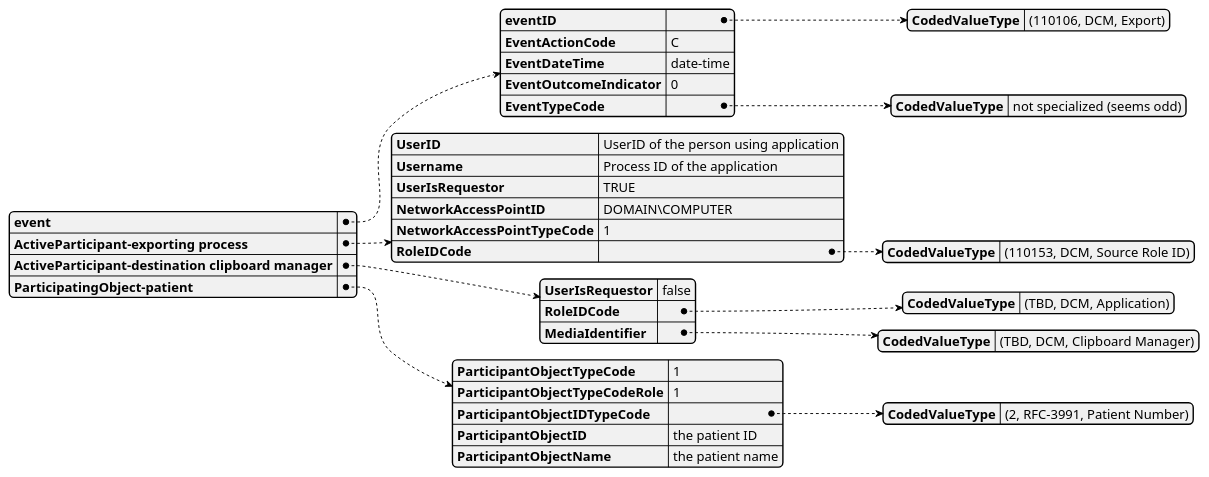
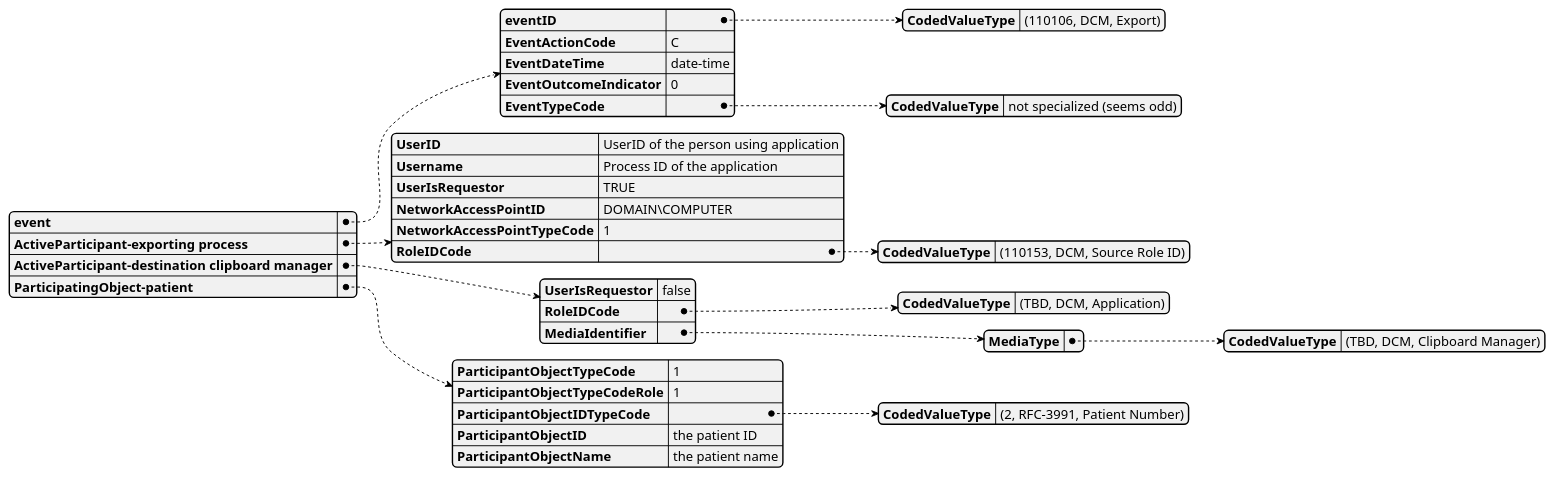
Before and after one commit to rjhorniii/wg14-audit-etc: the diagram in diagrams/export-example-ww.y-1.puml, drawn with PlantUML. The commit also changed 3 other files, not shown here.

First line of the commit message:
Fix to match schema

```diff
--- a/diagrams/export-example-ww.y-1.puml
+++ b/diagrams/export-example-ww.y-1.puml
@@ -2,41 +2,43 @@
 @startjson
 {
 	"event": {
 	   "eventID" : {"CodedValueType" : "(110106, DCM, Export)"},
 	   "EventActionCode": "C",
 	   "EventDateTime" : "date-time",
 	   "EventOutcomeIndicator": "0",
 	   "EventTypeCode" : {
 	   	"CodedValueType" : "not specialized (seems odd)"
 		}
 	   },
 	"ActiveParticipant-exporting process" : {
 	   "UserID" : "UserID of the person using application",
 	   "Username" : "Process ID of the application",
 	   "UserIsRequestor" : "TRUE",
 	   "NetworkAccessPointID" : "DOMAIN\\COMPUTER",
 	   "NetworkAccessPointTypeCode" : "1",
 	   "RoleIDCode" : {
 	   	"CodedValueType" : "(110153, DCM, Source Role ID)"
 		}
 	   },
 	"ActiveParticipant-destination clipboard manager" : {
 	   "UserIsRequestor" : "false",
 	   "RoleIDCode" : {
 	   	"CodedValueType" : "(TBD, DCM, Application)"
 		},
 	   "MediaIdentifier" : {
-	        "CodedValueType" : "(TBD, DCM, Clipboard Manager)"
+	        "MediaType" : {
+		    "CodedValueType" : "(TBD, DCM, Clipboard Manager)"
 		}
+	     }
 	   },
 	"ParticipatingObject-patient" : {
 	    "ParticipantObjectTypeCode" : 1,
 	    "ParticipantObjectTypeCodeRole" : 1,
 	    "ParticipantObjectIDTypeCode" : {
 	        "CodedValueType" : "(2, RFC-3991, Patient Number)"
 	        },
 	    "ParticipantObjectID" : "the patient ID",
 	    "ParticipantObjectName" : "the patient name"
 	   }
 }
 @endjson
```
